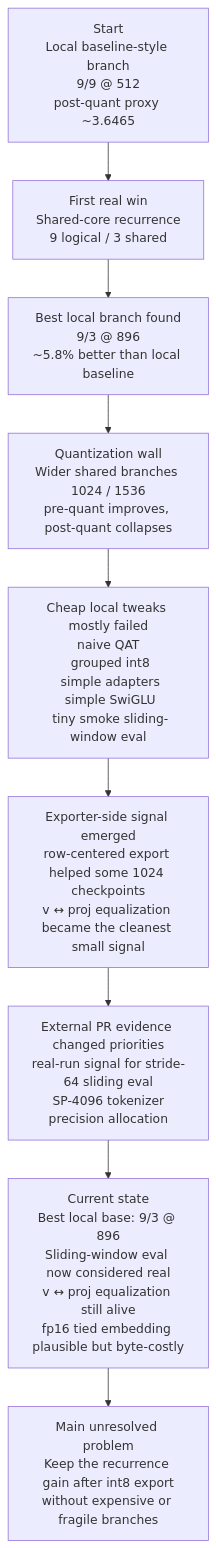
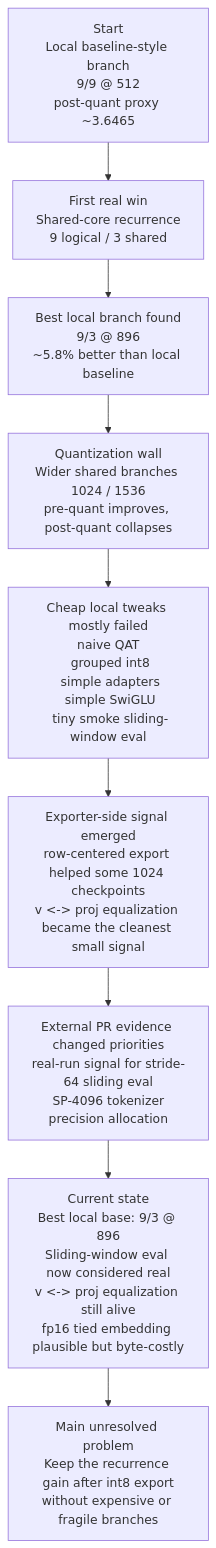
Before and after one commit to South-33/parameter-golf: the diagram in ideas.md, drawn with Mermaid. The commit also changed other lines of this file and 2 other files, not shown here.

````diff
--- a/ideas.md
+++ b/ideas.md
@@ -82,11 +84,11 @@
 ```mermaid
 flowchart TD
     A["Start\nLocal baseline-style branch\n9/9 @ 512\npost-quant proxy ~3.6465"] --> B["First real win\nShared-core recurrence\n9 logical / 3 shared"]
     B --> C["Best local branch found\n9/3 @ 896\n~5.8% better than local baseline"]
     C --> D["Quantization wall\nWider shared branches 1024 / 1536\npre-quant improves, post-quant collapses"]
     D --> E["Cheap local tweaks mostly failed\nnaive QAT\n grouped int8\n simple adapters\n simple SwiGLU\n tiny smoke sliding-window eval"]
-    E --> F["Exporter-side signal emerged\nrow-centered export helped some 1024 checkpoints\nv ↔ proj equalization became the cleanest small signal"]
+    E --> F["Exporter-side signal emerged\nrow-centered export helped some 1024 checkpoints\nv <-> proj equalization became the cleanest small signal"]
     F --> G["External PR evidence changed priorities\nreal-run signal for stride-64 sliding eval\nSP-4096 tokenizer\nprecision allocation"]
-    G --> H["Current state\nBest local base: 9/3 @ 896\nSliding-window eval now considered real\nv ↔ proj equalization still alive\nfp16 tied embedding plausible but byte-costly"]
+    G --> H["Current state\nBest local base: 9/3 @ 896\nSliding-window eval now considered real\nv <-> proj equalization still alive\nfp16 tied embedding plausible but byte-costly"]
     H --> I["Main unresolved problem\nKeep the recurrence gain after int8 export\nwithout expensive or fragile branches"]
 ```
````
